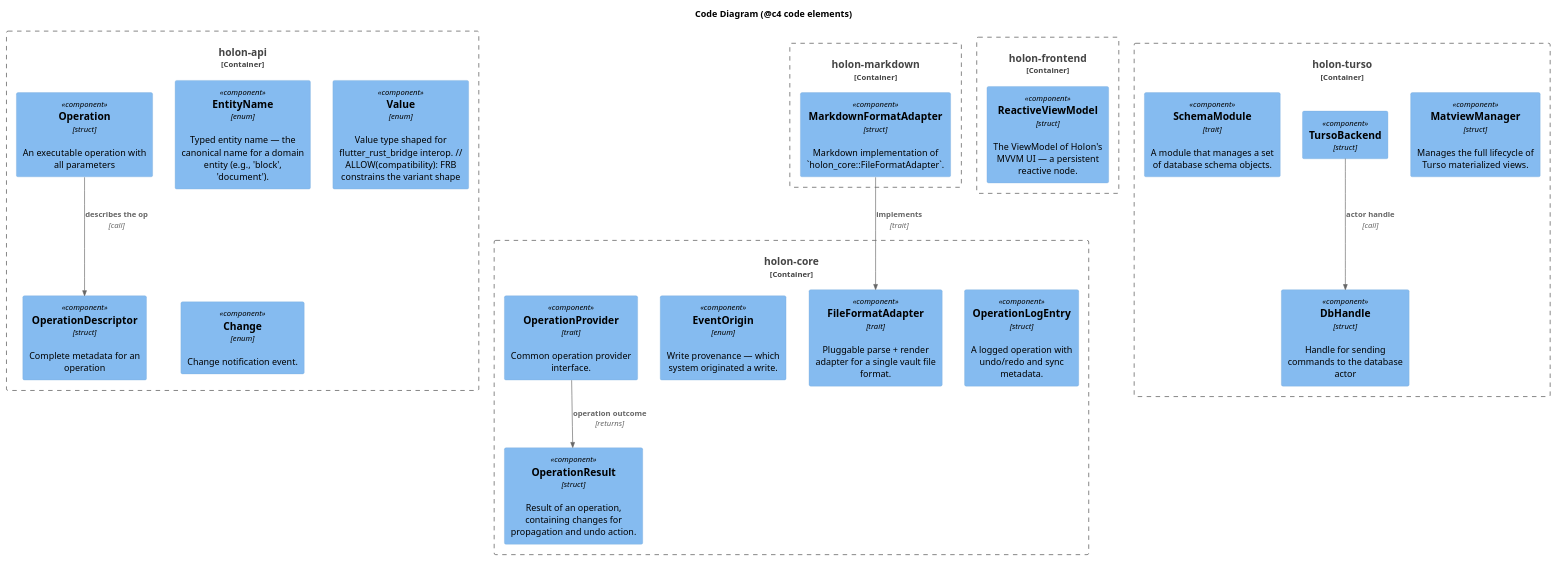
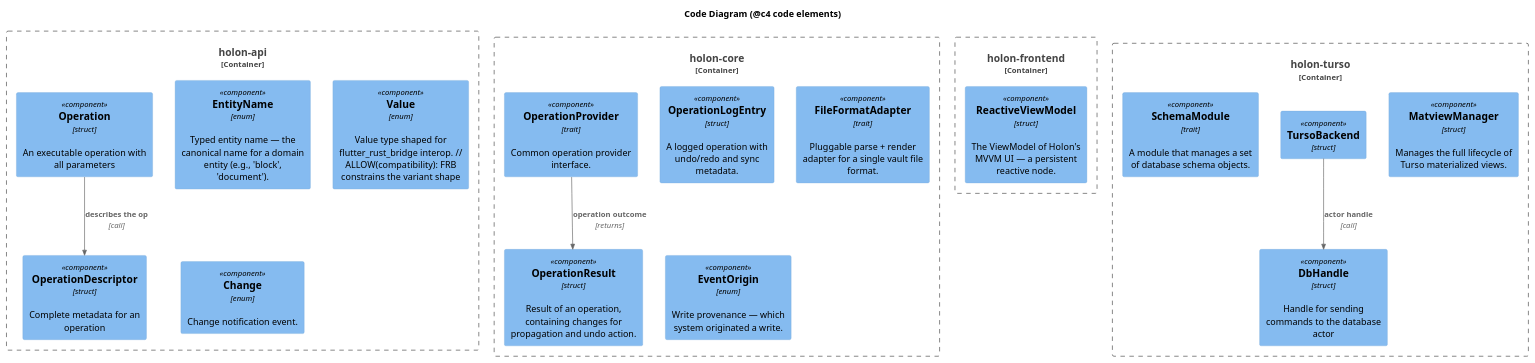
One commit to holon-space/holon changed the diagram in docs/Architecture/c4/crates/diagrams/c4-code.puml. Above: the diagram before and after it, drawn with PlantUML. The commit also changed 1739 other files, not shown here.

```diff
--- a/docs/Architecture/c4/crates/diagrams/c4-code.puml
+++ b/docs/Architecture/c4/crates/diagrams/c4-code.puml
@@ -1,42 +1,37 @@
 @startuml c4-code
 !include https://raw.githubusercontent.com/plantuml-stdlib/C4-PlantUML/master/C4_Component.puml
 
 title Code Diagram (@c4 code elements)
 
 Container_Boundary(holon_api_code, "holon-api") {
     Component(holon_api__EntityName, "EntityName", "enum", "Typed entity name — the canonical name for a domain entity (e.g., 'block', 'document').")
     Component(holon_api__OperationDescriptor, "OperationDescriptor", "struct", "Complete metadata for an operation")
     Component(holon_api__Operation, "Operation", "struct", "An executable operation with all parameters")
     Component(holon_api__Value, "Value", "enum", "Value type shaped for flutter_rust_bridge interop. // ALLOW(compatibility): FRB constrains the variant shape")
     Component(holon_api__Change, "Change", "enum", "Change notification event.")
 }
 
 Container_Boundary(holon_core_code, "holon-core") {
     Component(holon_core__OperationLogEntry, "OperationLogEntry", "struct", "A logged operation with undo/redo and sync metadata.")
     Component(holon_core__FileFormatAdapter, "FileFormatAdapter", "trait", "Pluggable parse + render adapter for a single vault file format.")
     Component(holon_core__EventOrigin, "EventOrigin", "enum", "Write provenance — which system originated a write.")
     Component(holon_core__OperationProvider, "OperationProvider", "trait", "Common operation provider interface.")
     Component(holon_core__OperationResult, "OperationResult", "struct", "Result of an operation, containing changes for propagation and undo action.")
 }
 
 Container_Boundary(holon_frontend_code, "holon-frontend") {
     Component(holon_frontend__ReactiveViewModel, "ReactiveViewModel", "struct", "The ViewModel of Holon's MVVM UI — a persistent reactive node.")
 }
 
-Container_Boundary(holon_markdown_code, "holon-markdown") {
-    Component(holon_markdown__MarkdownFormatAdapter, "MarkdownFormatAdapter", "struct", "Markdown implementation of `holon_core::FileFormatAdapter`.")
-}
-
 Container_Boundary(holon_turso_code, "holon-turso") {
     Component(holon_turso__MatviewManager, "MatviewManager", "struct", "Manages the full lifecycle of Turso materialized views.")
     Component(holon_turso__DbHandle, "DbHandle", "struct", "Handle for sending commands to the database actor")
     Component(holon_turso__TursoBackend, "TursoBackend", "struct", "")
     Component(holon_turso__SchemaModule, "SchemaModule", "trait", "A module that manages a set of database schema objects.")
 }
 
 Rel(holon_api__Operation, holon_api__OperationDescriptor, "describes the op", "call")
 Rel(holon_core__OperationProvider, holon_core__OperationResult, "operation outcome", "returns")
 Rel(holon_turso__TursoBackend, holon_turso__DbHandle, "actor handle", "call")
-Rel(holon_markdown__MarkdownFormatAdapter, holon_core__FileFormatAdapter, "implements", "trait")
 
 @enduml
```
